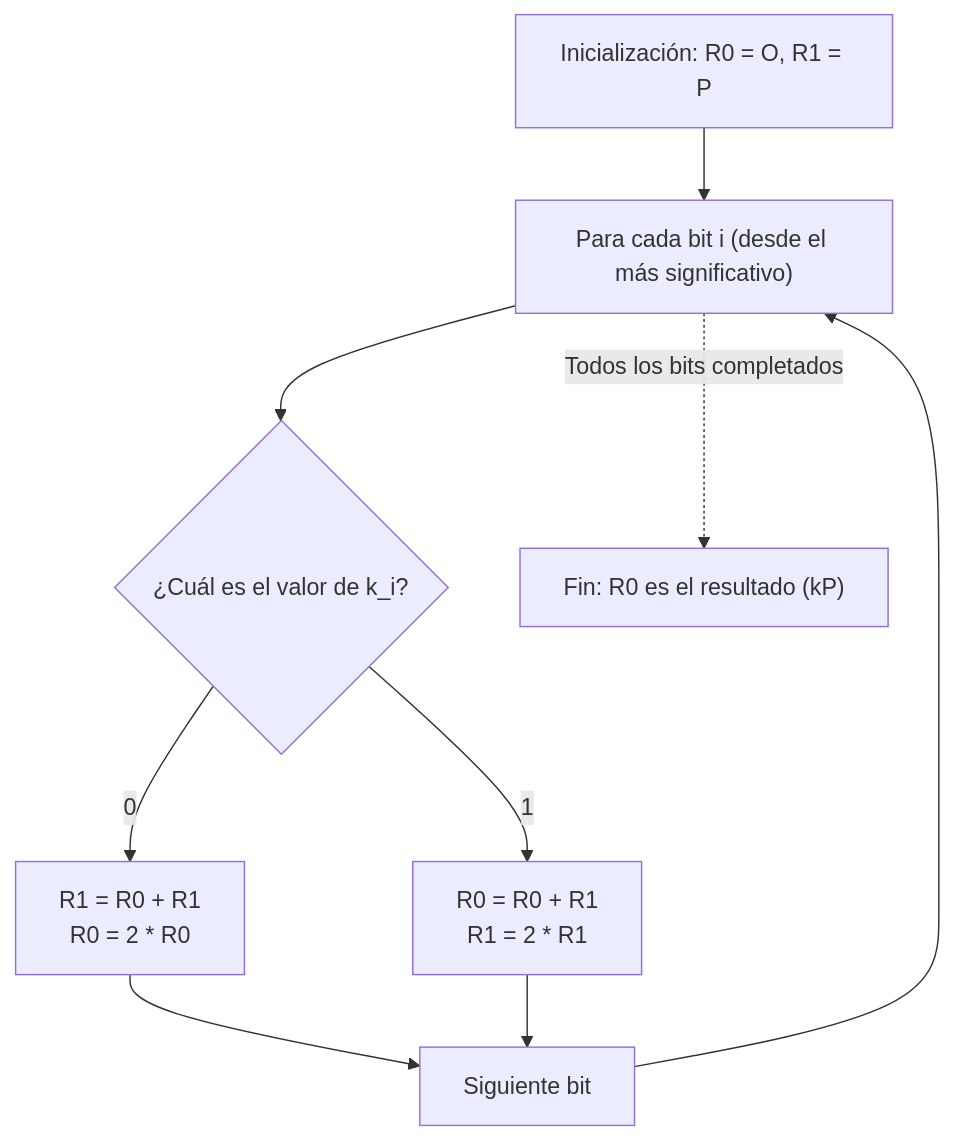
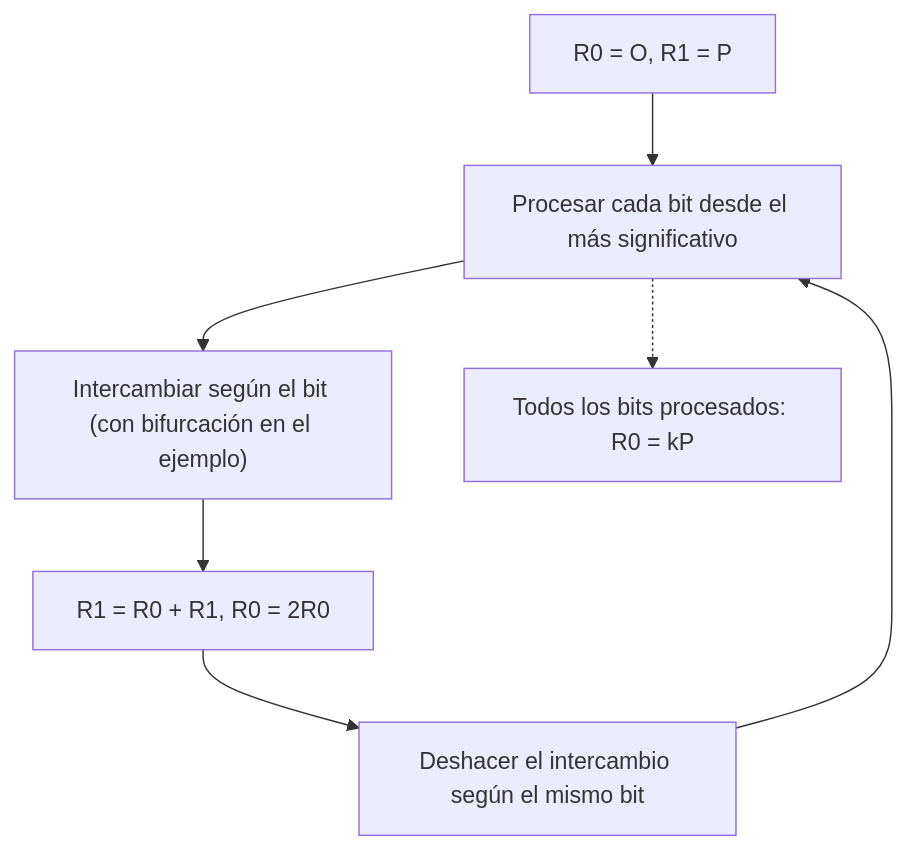
The second of 3 diagrams in content/post/楕円曲線暗号の数学的基礎とcppでの実装/index.es.md (kenjinote/blog), drawn with Mermaid before and after one commit. The commit also changed other lines of this file and 6 other files, not shown here.

````diff
--- a/content/post/楕円曲線暗号の数学的基礎とcppでの実装/index.es.md
+++ b/content/post/楕円曲線暗号の数学的基礎とcppでの実装/index.es.md
@@ -252,14 +106,9 @@
 ```mermaid
 graph TD
-    Start["Inicialización: R0 = O, R1 = P"] --> LoopStart["Para cada bit i (desde el más significativo)"]
-    LoopStart --> Cond{"¿Cuál es el valor de k_i?"}
-    
-    Cond -->|"0"| Branch0["R1 = R0 + R1<br>R0 = 2 * R0"]
-    Cond -->|"1"| Branch1["R0 = R0 + R1<br>R1 = 2 * R1"]
-    
-    Branch0 --> LoopEnd["Siguiente bit"]
-    Branch1 --> LoopEnd
-    
-    LoopEnd --> LoopStart
-    LoopStart -.->|"Todos los bits completados"| End["Fin: R0 es el resultado (kP)"]
+    A["R0 = O, R1 = P"] --> B["Procesar cada bit desde el más significativo"]
+    B --> C["Intercambiar según el bit (con bifurcación en el ejemplo)"]
+    C --> D["R1 = R0 + R1, R0 = 2R0"]
+    D --> E["Deshacer el intercambio según el mismo bit"]
+    E --> B
+    B -.-> F["Todos los bits procesados: R0 = kP"]
 ```
````
